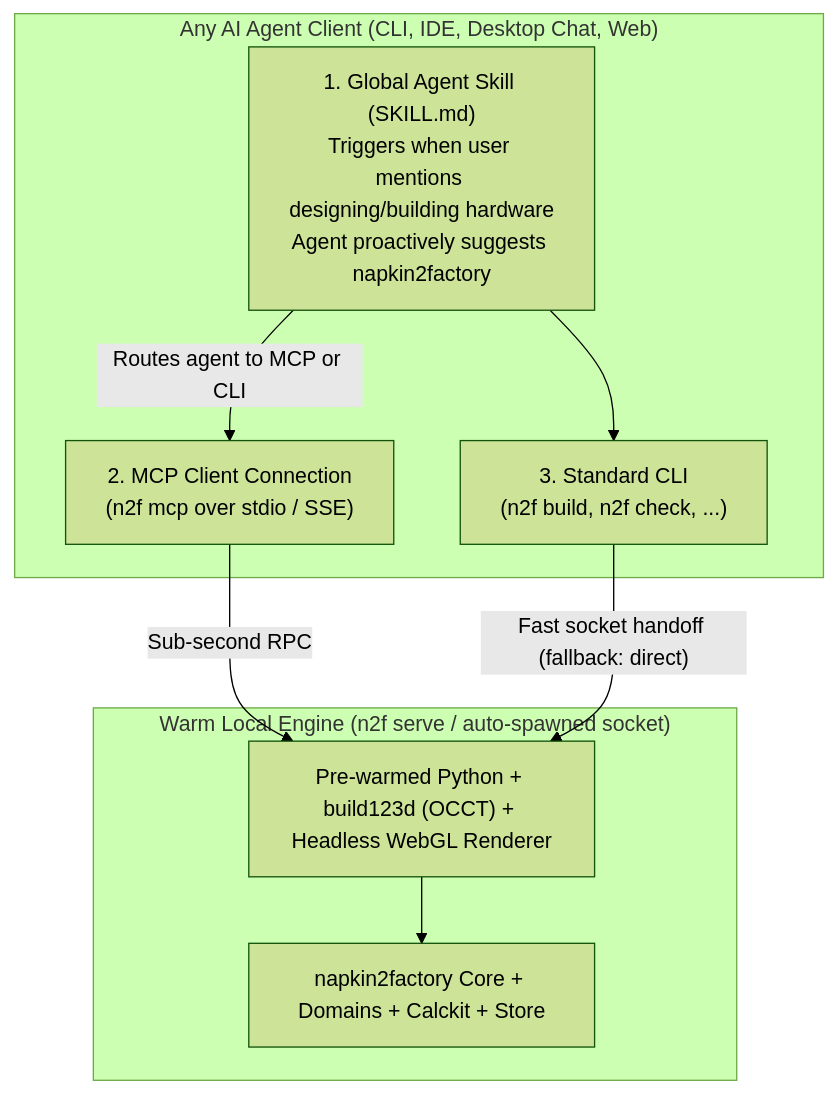
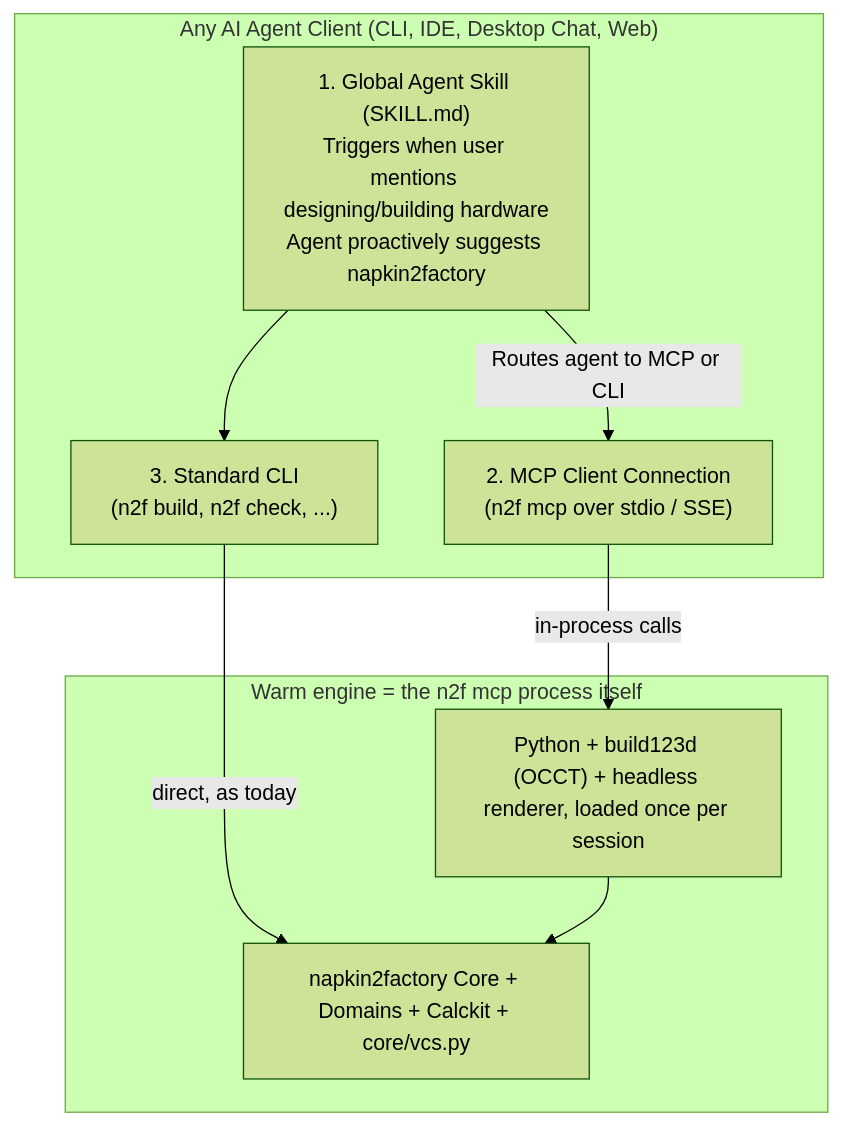
One commit to osaxma/napkin2factory changed the diagram in docs/roadmap/TRACK_D_AGENT_UBIQUITY.md. Above: the diagram before and after it, drawn with Mermaid (forest theme). The commit also changed other lines of this file and 6 other files, not shown here.

First line of the commit message:
Roadmap review applied: reproducible benchmarks, one change store, discovery, region, v1.0 contract (S-191)

````diff
--- a/docs/roadmap/TRACK_D_AGENT_UBIQUITY.md
+++ b/docs/roadmap/TRACK_D_AGENT_UBIQUITY.md
@@ -30,19 +33,19 @@
 ```mermaid
 flowchart TB
     subgraph Clients["Any AI Agent Client (CLI, IDE, Desktop Chat, Web)"]
         Discovery["1. Global Agent Skill (SKILL.md)\nTriggers when user mentions designing/building hardware\nAgent proactively suggests napkin2factory"]
         MCP["2. MCP Client Connection\n(n2f mcp over stdio / SSE)"]
         Shell["3. Standard CLI\n(n2f build, n2f check, ...)"]
     end
 
-    subgraph Daemon["Warm Local Engine (n2f serve / auto-spawned socket)"]
-        Worker["Pre-warmed Python + build123d (OCCT) + Headless WebGL Renderer"]
-        Core["napkin2factory Core + Domains + Calckit + Store"]
+    subgraph Engine["Warm engine = the n2f mcp process itself"]
+        Worker["Python + build123d (OCCT) + headless renderer, loaded once per session"]
+        Core["napkin2factory Core + Domains + Calckit + core/vcs.py"]
     end
 
     Discovery -->|"Routes agent to MCP or CLI"| MCP
     Discovery --> Shell
-    MCP -->|"Sub-second RPC"| Worker
-    Shell -->|"Fast socket handoff (fallback: direct)"| Worker
+    MCP -->|"in-process calls"| Worker
+    Shell -->|"direct, as today"| Core
     Worker --> Core
 ```
````
